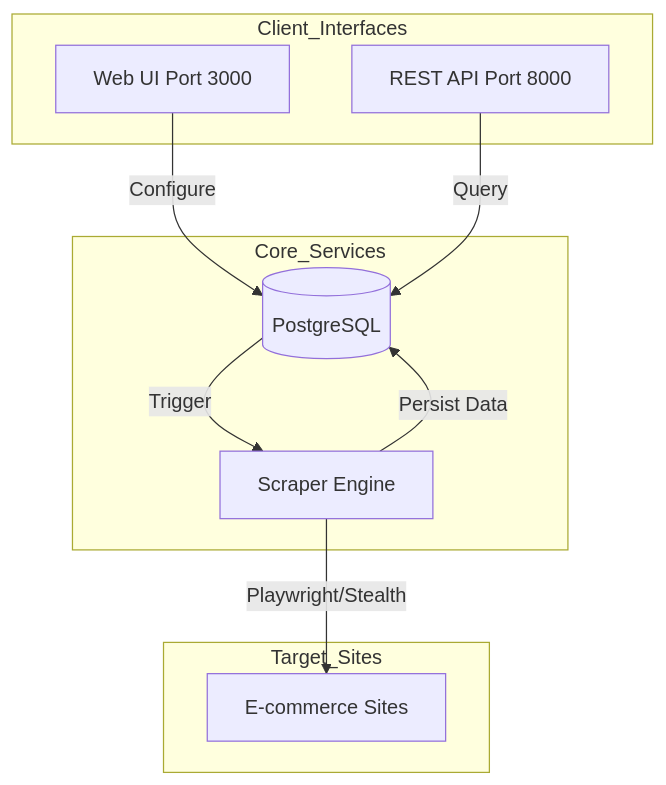
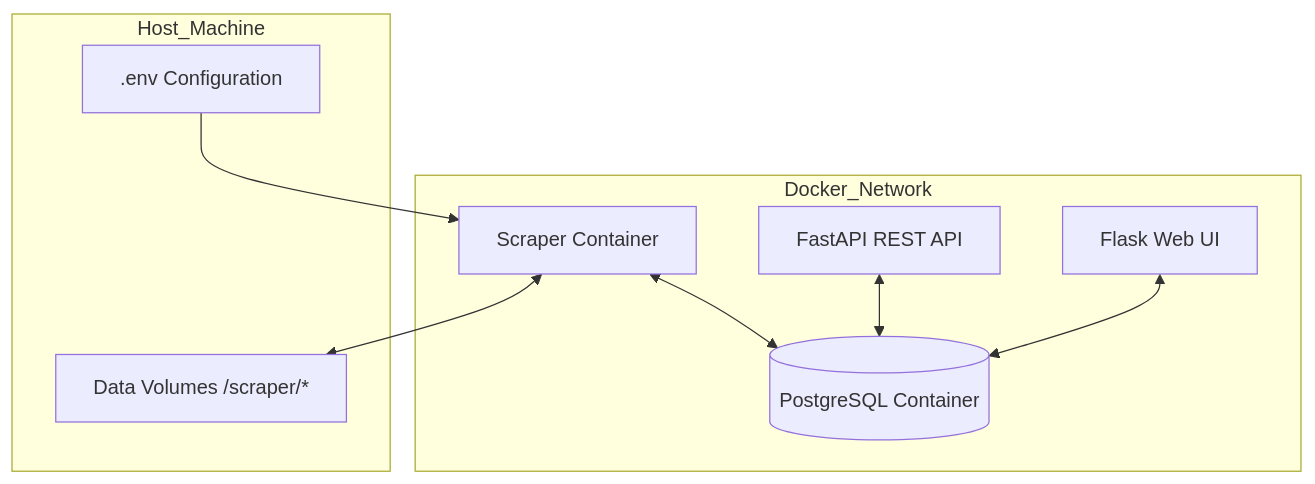
The first of 2 diagrams in .cubic/wiki/01-section-overview/02-overview-quickstart.md (Avkroken/Produkter), drawn with Mermaid before and after one commit. The commit also changed other lines of this file and 46 other files, not shown here.

````diff
--- a/.cubic/wiki/01-section-overview/02-overview-quickstart.md
+++ b/.cubic/wiki/01-section-overview/02-overview-quickstart.md
@@ -86,22 +56,20 @@
 ```mermaid
-flowchart TD
-    subgraph Client_Interfaces
-        UI[Web UI Port 3000]
-        API[REST API Port 8000]
+graph TD
+    subgraph Host_Machine
+        ENV[.env Configuration]
+        VOL[Data Volumes /scraper/*]
+    end
+    
+    subgraph Docker_Network
+        SCR[Scraper Container]
+        DB[(PostgreSQL Container)]
+        API[FastAPI REST API]
+        UI[Flask Web UI]
     end
 
-    subgraph Core_Services
-        SE[Scraper Engine]
-        DB[(PostgreSQL)]
-    end
-
-    subgraph Target_Sites
-        WEB[E-commerce Sites]
-    end
-
-    UI -->|Configure| DB
-    API -->|Query| DB
-    SE -->|Persist Data| DB
-    SE -->|Playwright/Stealth| WEB
-    DB -->|Trigger| SE
+    ENV --> SCR
+    SCR <--> DB
+    SCR <--> VOL
+    API <--> DB
+    UI <--> DB
 ```
````
